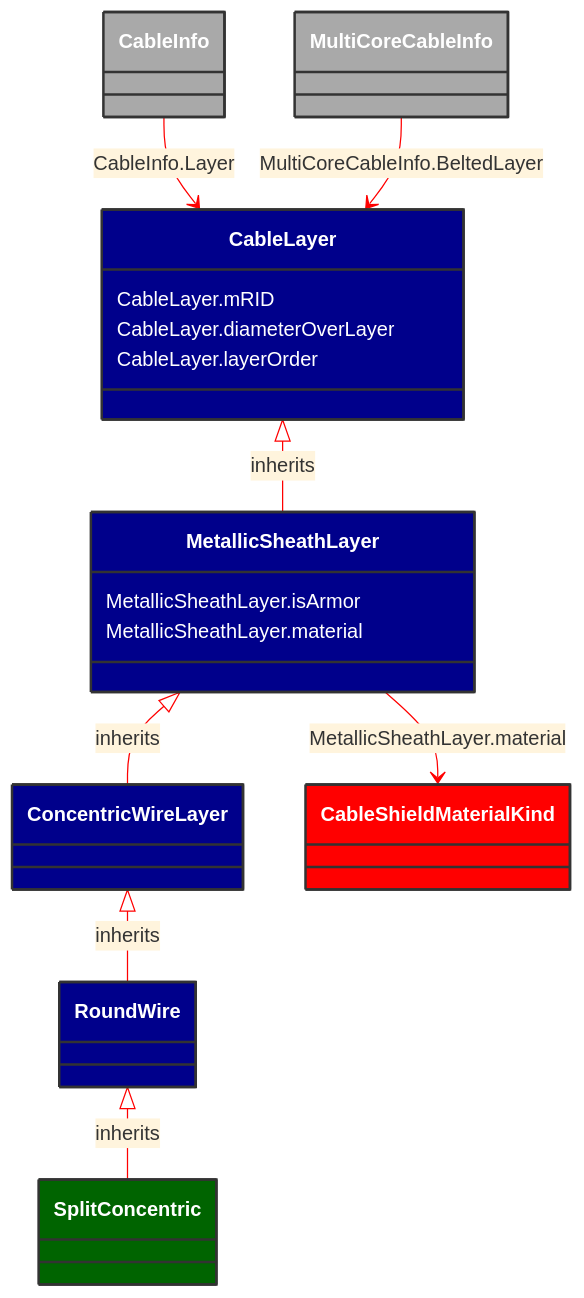
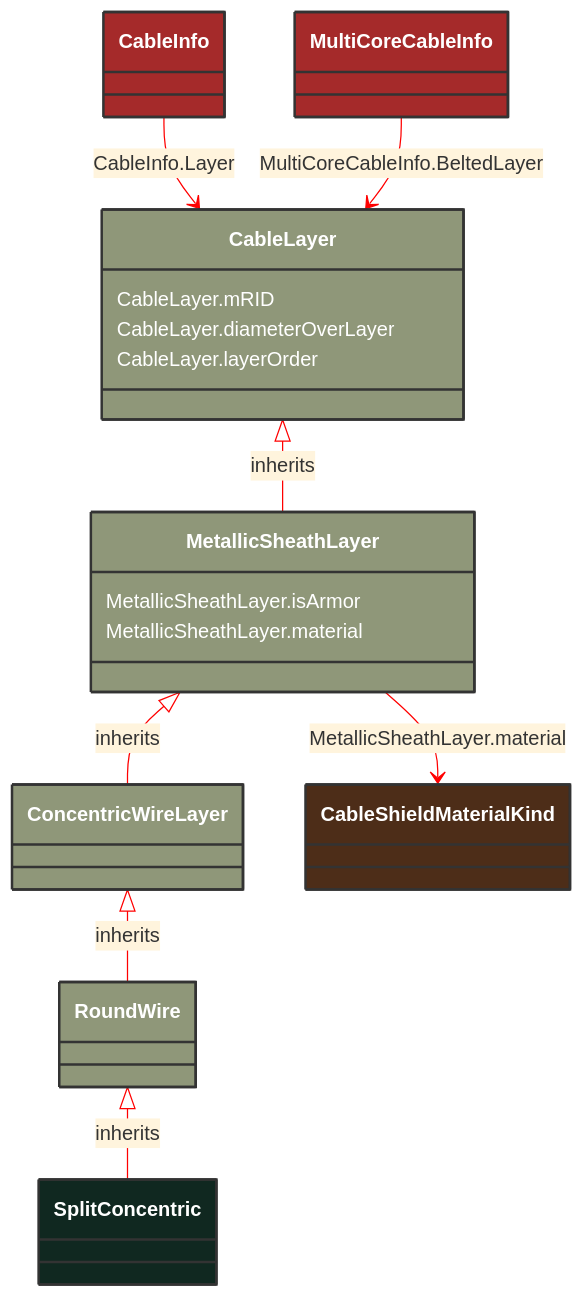
The diagram in docs/Models/Profiles/SubseaCableInfo/ConcreteClasses/SplitConcentric.md (3lbits/NoCIMExtensions), drawn with Mermaid before and after one commit. The commit also changed 190 other files, not shown here.

````diff
--- a/docs/Models/Profiles/SubseaCableInfo/ConcreteClasses/SplitConcentric.md
+++ b/docs/Models/Profiles/SubseaCableInfo/ConcreteClasses/SplitConcentric.md
@@ -8,52 +8,48 @@
 ```mermaid
 %%{init: {'theme':'base','themeVariables': {'lineColor': '#FF0000'}}}%%
 classDiagram
     class SplitConcentric
     click SplitConcentric href "/Models/Profiles/SubseaCableInfo/ConcreteClasses/SplitConcentric/"
-    style SplitConcentric fill:#006400,stroke:#333,stroke-width:2px,rx:10,ry:10,color:white
-
+    style SplitConcentric fill:#102820,stroke:#333,stroke-width:2px,rx:10,ry:10,color:white
+     
         RoundWire <|-- SplitConcentric : inherits
             click RoundWire href "/Models/Profiles/SubseaCableInfo/ConcreteClasses/RoundWire/"
-            style RoundWire fill:#00008B,stroke:#333,stroke-width:2px,rx:10,ry:10,color:white
-
-        SplitConcentric
-            click SplitConcentric href "/Models/Profiles/SubseaCableInfo/ConcreteClasses/SplitConcentric/"
-            style RoundWire fill:#00008B,stroke:#333,stroke-width:2px,rx:10,ry:10,color:white
-
+            style RoundWire fill:#8F9779,stroke:#333,stroke-width:2px,rx:10,ry:10,color:white
+     
         ConcentricWireLayer <|-- RoundWire : inherits
             click ConcentricWireLayer href "/Models/Profiles/SubseaCableInfo/ConcreteClasses/ConcentricWireLayer/"
-            style ConcentricWireLayer fill:#00008B,stroke:#333,stroke-width:2px,rx:10,ry:10,color:white
-
+            style ConcentricWireLayer fill:#8F9779,stroke:#333,stroke-width:2px,rx:10,ry:10,color:white
+     
         MetallicSheathLayer <|-- ConcentricWireLayer : inherits
             click MetallicSheathLayer href "/Models/Profiles/SubseaCableInfo/ConcreteClasses/MetallicSheathLayer/"
-            style MetallicSheathLayer fill:#00008B,stroke:#333,stroke-width:2px,rx:10,ry:10,color:white
-
+            style MetallicSheathLayer fill:#8F9779,stroke:#333,stroke-width:2px,rx:10,ry:10,color:white
+     
         CableLayer <|-- MetallicSheathLayer : inherits
             click CableLayer href "/Models/Profiles/SubseaCableInfo/AbstractClasses/CableLayer/"
-            style CableLayer fill:#00008B,stroke:#333,stroke-width:2px,rx:10,ry:10,color:white
+            style CableLayer fill:#8F9779,stroke:#333,stroke-width:2px,rx:10,ry:10,color:white
 
 
         CableInfo --> CableLayer : CableInfo.Layer
 
         CableInfo
             click CableInfo href "/Models/Profiles/SubseaCableInfo/ConcreteClasses/CableInfo/"
-            style CableInfo fill:#A9A9A9,stroke:#333,stroke-width:2px,rx:10,ry:10,color:white
+            style CableInfo fill:#A52A2A,stroke:#333,stroke-width:2px,rx:10,ry:10,color:white
 
         MultiCoreCableInfo --> CableLayer : MultiCoreCableInfo.BeltedLayer
 
         MultiCoreCableInfo
             click MultiCoreCableInfo href "/Models/Profiles/SubseaCableInfo/ConcreteClasses/MultiCoreCableInfo/"
-            style MultiCoreCableInfo fill:#A9A9A9,stroke:#333,stroke-width:2px,rx:10,ry:10,color:white
+            style MultiCoreCableInfo fill:#A52A2A,stroke:#333,stroke-width:2px,rx:10,ry:10,color:white
 
         MetallicSheathLayer --> CableShieldMaterialKind : MetallicSheathLayer.material
 
         CableShieldMaterialKind
             click CableShieldMaterialKind href "/Models/Profiles/SubseaCableInfo/Enumerations/CableShieldMaterialKind/"
-            style CableShieldMaterialKind fill:#FF0000,stroke:#333,stroke-width:2px,rx:10,ry:10,color:white
+            style CableShieldMaterialKind fill:#4D2D18,stroke:#333,stroke-width:2px,rx:10,ry:10,color:white
 
         MetallicSheathLayer : MetallicSheathLayer.isArmor
         MetallicSheathLayer : MetallicSheathLayer.material
         CableLayer : CableLayer.mRID
         CableLayer : CableLayer.diameterOverLayer
         CableLayer : CableLayer.layerOrder
 ```
````
